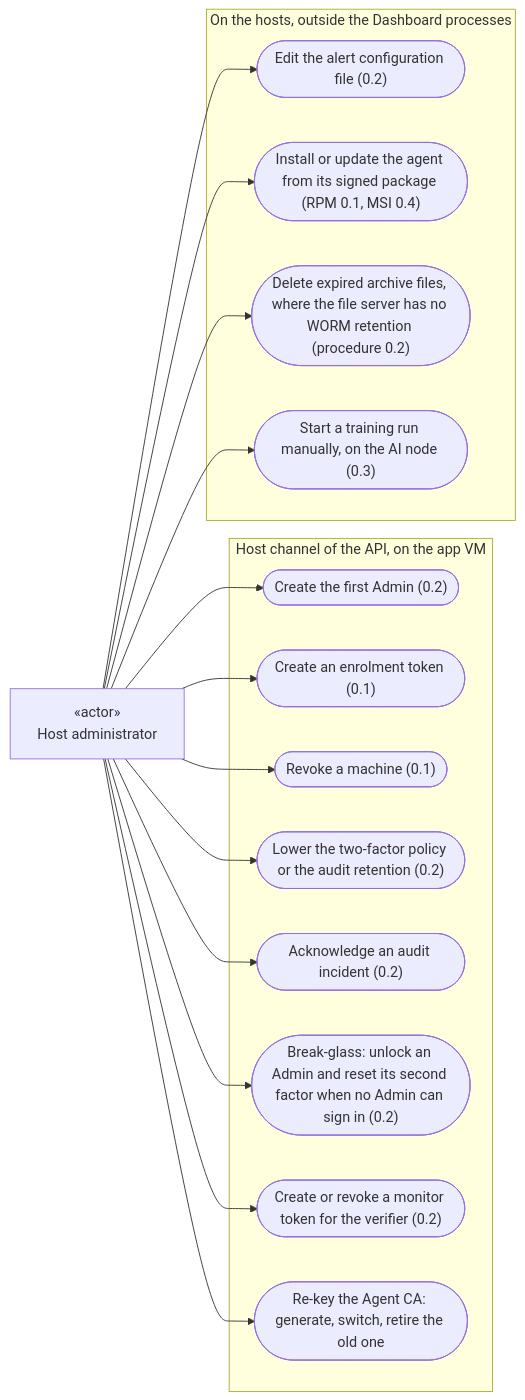
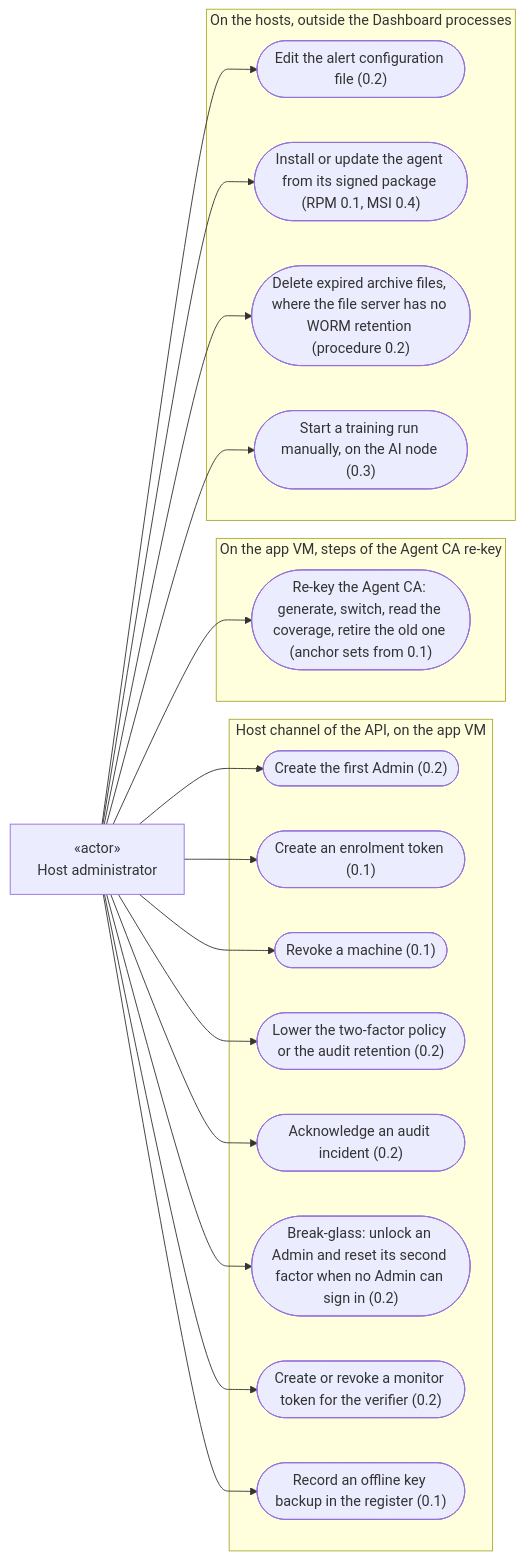
Before and after one commit to micdef/Dashboard: the third of 6 diagrams in doc/analyse/uml/v1/use-cases.md, drawn with Mermaid. The commit also changed other lines of this file and 12 other files, not shown here.

````diff
--- a/doc/analyse/uml/v1/use-cases.md
+++ b/doc/analyse/uml/v1/use-cases.md
@@ -120,35 +121,40 @@
 ```mermaid
 flowchart LR
     HostAdmin["«actor»<br/>Host administrator"]
 
     subgraph HostChannel ["Host channel of the API, on the app VM"]
         FirstAdmin(["Create the first Admin (0.2)"])
         HostToken(["Create an enrolment token (0.1)"])
         HostRevoke(["Revoke a machine (0.1)"])
         Lower(["Lower the two-factor policy or the audit retention (0.2)"])
         Incident(["Acknowledge an audit incident (0.2)"])
         BreakGlass(["Break-glass: unlock an Admin and reset its second factor when no Admin can sign in (0.2)"])
         Monitor(["Create or revoke a monitor token for the verifier (0.2)"])
-        Rekey(["Re-key the Agent CA: generate, switch, retire the old one"])
+        KeyRegister(["Record an offline key backup in the register (0.1)"])
+    end
+
+    subgraph AppVm ["On the app VM, steps of the Agent CA re-key"]
+        Rekey(["Re-key the Agent CA: generate, switch, read the coverage, retire the old one (anchor sets from 0.1)"])
     end
 
     subgraph Hosts ["On the hosts, outside the Dashboard processes"]
         AlertConfig(["Edit the alert configuration file (0.2)"])
         Install(["Install or update the agent from its signed package (RPM 0.1, MSI 0.4)"])
         DeleteArchive(["Delete expired archive files, where the file server has no WORM retention (procedure 0.2)"])
         TrainNow(["Start a training run manually, on the AI node (0.3)"])
     end
 
     HostAdmin --> FirstAdmin
     HostAdmin --> HostToken
     HostAdmin --> HostRevoke
     HostAdmin --> Lower
     HostAdmin --> Incident
     HostAdmin --> BreakGlass
     HostAdmin --> Monitor
+    HostAdmin --> KeyRegister
     HostAdmin --> Rekey
     HostAdmin --> AlertConfig
     HostAdmin --> Install
     HostAdmin --> DeleteArchive
     HostAdmin --> TrainNow
 ```
````
